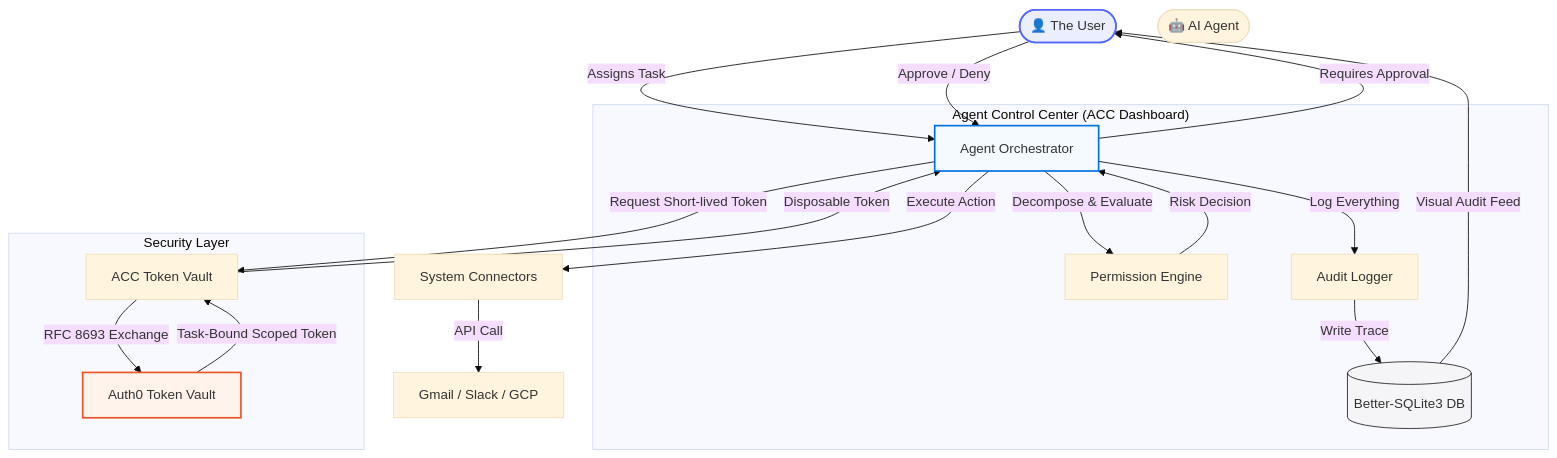
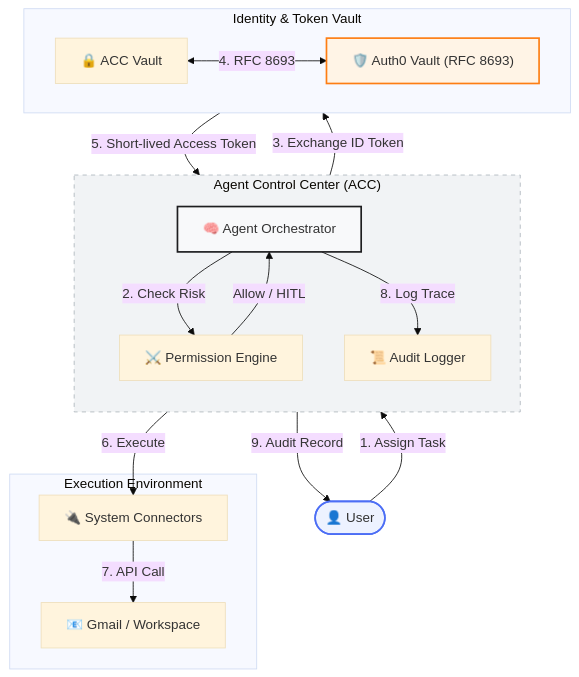
Before and after one commit to Keerth09/auth-agent-ai: the diagram in README.md, drawn with Mermaid (base theme). The commit also changed 2 other files, not shown here.

Commit message:
feat: premium UI redesign with glassmorphism and elite branding

````diff
--- a/README.md
+++ b/README.md
@@ -24,54 +24,48 @@
 ```mermaid
 graph TD
     %% Personas
-    User([👤 The User])
-    Agent([🤖 AI Agent])
+    User([👤 User])
     
-    %% Core Components
-    subgraph "Agent Control Center (ACC Dashboard)"
-        Orchestrator[Agent Orchestrator]
-        PermEngine[Permission Engine]
-        Audit[Audit Logger]
-        DB[(Better-SQLite3 DB)]
+    %% Dashboard Layer
+    subgraph Dashboard ["Agent Control Center (ACC)"]
+        direction TB
+        Orchestrator["🧠 Agent Orchestrator"]
+        PermEngine["⚔️ Permission Engine"]
+        Audit["📜 Audit Logger"]
     end
     
-    %% Vault System
-    subgraph "Security Layer"
-        Vault[ACC Token Vault]
-        Auth0[Auth0 Token Vault]
+    %% Vault Layer
+    subgraph VaultLayer ["Identity & Token Vault"]
+        direction LR
+        Vault["🔒 ACC Vault"]
+        Auth0Vault["🛡️ Auth0 Vault (RFC 8693)"]
     end
     
-    %% External Systems
-    Connectors[System Connectors]
-    Gmail[Gmail / Slack / GCP]
+    %% Execution Layer
+    subgraph Execution ["Execution Environment"]
+        Connectors["🔌 System Connectors"]
+        Gmail["📧 Gmail / Workspace"]
+    end
 
-    %% Flow
-    User -->|Assigns Task| Orchestrator
-    Orchestrator -->|Decompose & Evaluate| PermEngine
-    PermEngine -->|Risk Decision| Orchestrator
+    %% User Interaction
+    User -->|1. Assign Task| Orchestrator
+    Orchestrator -- "2. Check Risk" --> PermEngine
+    PermEngine -- "Allow / HITL" --> Orchestrator
     
     %% The Secretless Loop
-    Orchestrator -->|Request Short-lived Token| Vault
-    Vault -->|RFC 8693 Exchange| Auth0
-    Auth0 -->|Task-Bound Scoped Token| Vault
-    Vault -->|Disposable Token| Orchestrator
+    Orchestrator -->|3. Exchange ID Token| Vault
+    Vault <-->|4. RFC 8693| Auth0Vault
+    Vault -->|5. Short-lived Access Token| Orchestrator
     
-    %% Execution
-    Orchestrator -->|Execute Action| Connectors
-    Connectors -->|API Call| Gmail
-    
-    %% Governance
-    Orchestrator -->|Log Everything| Audit
-    Audit -->|Write Trace| DB
-    DB -->|Visual Audit Feed| User
-    
-    %% Human in the loop
-    Orchestrator -- "Requires Approval" --> User
-    User -- "Approve / Deny" --> Orchestrator
+    %% Action & Trace
+    Orchestrator -->|6. Execute| Connectors
+    Connectors -->|7. API Call| Gmail
+    Orchestrator -->|8. Log Trace| Audit
+    Audit -->|9. Audit Record| User
 
     %% Styling
-    style User fill:#ebeeff,stroke:#5468ff,stroke-width:2px
-    style Auth0 fill:#fff3eb,stroke:#eb5424,stroke-width:2px
-    style Orchestrator fill:#f5faff,stroke:#0071e3,stroke-width:2px
-    style DB fill:#f5f5f7,stroke:#1d1d1f,stroke-width:1px
+    style User fill:#edf2ff,stroke:#4c6ef5,stroke-width:2px
+    style Auth0Vault fill:#fff4e6,stroke:#fd7e14,stroke-width:2px
+    style Orchestrator fill:#f8f9fa,stroke:#1d1d1f,stroke-width:2px
+    style Dashboard fill:#f1f3f5,stroke:#adb5bd,stroke-width:1px,stroke-dasharray: 5 5
 ```
````
